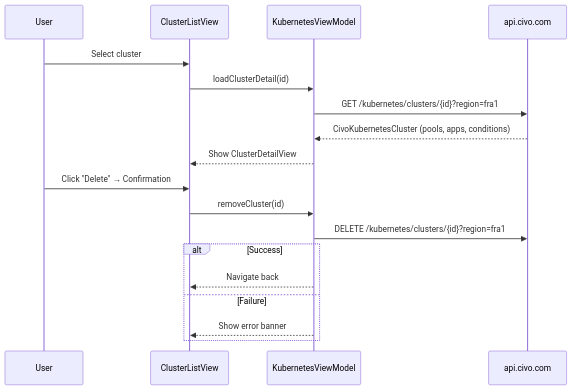
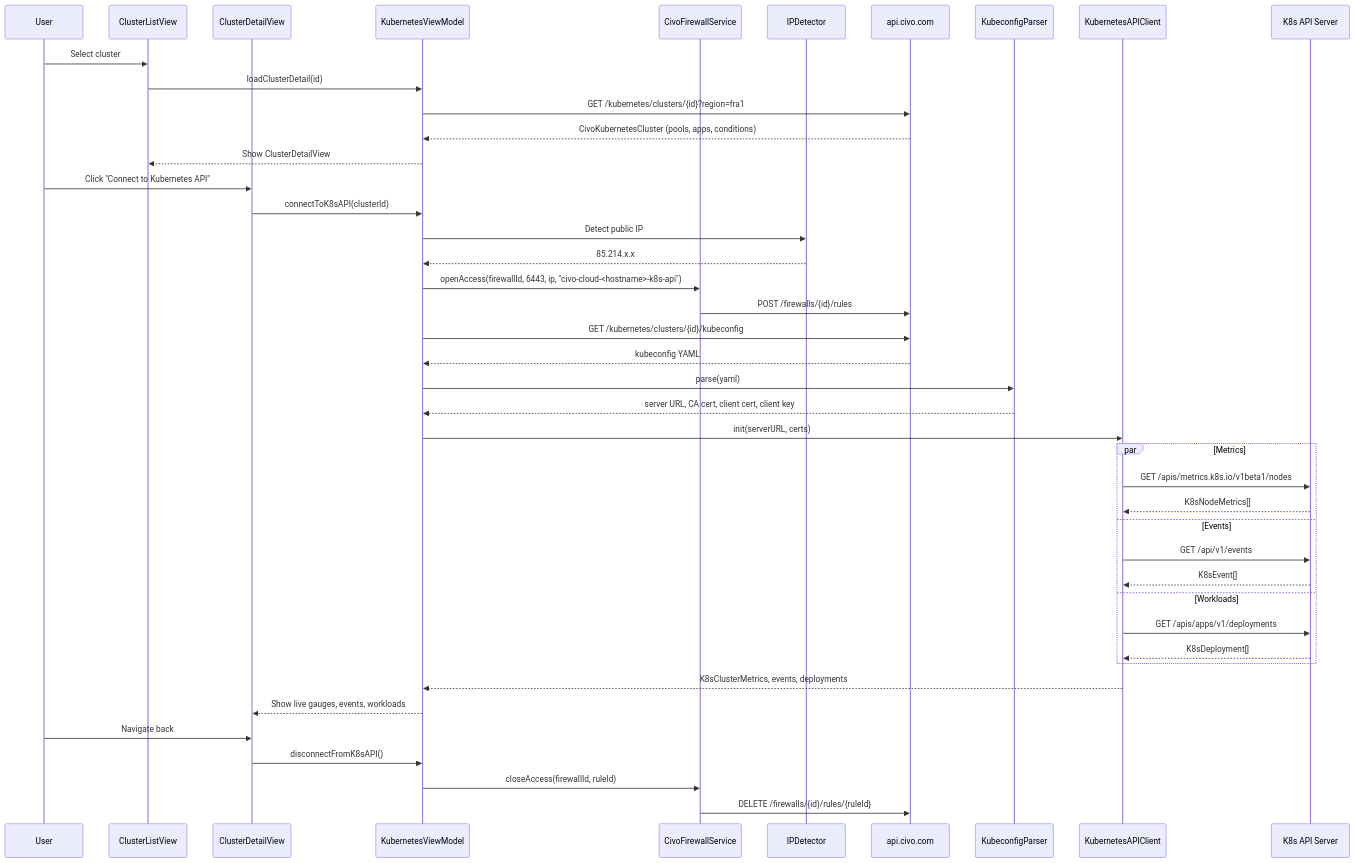
The seventh of 9 diagrams in README.md (marcelrgberger/civo-cloud-manager), drawn with Mermaid before and after one commit. The commit also changed other lines of this file and 31 other files, not shown here.

````diff
--- a/README.md
+++ b/README.md
@@ -678,22 +763,50 @@
 ```mermaid
 sequenceDiagram
     participant U as User
     participant CL as ClusterListView
+    participant CD as ClusterDetailView
     participant VM as KubernetesViewModel
+    participant F as CivoFirewallService
+    participant IP as IPDetector
     participant API as api.civo.com
+    participant KP as KubeconfigParser
+    participant KA as KubernetesAPIClient
+    participant K8S as K8s API Server
 
     U->>CL: Select cluster
     CL->>VM: loadClusterDetail(id)
     VM->>API: GET /kubernetes/clusters/{id}?region=fra1
     API-->>VM: CivoKubernetesCluster (pools, apps, conditions)
     VM-->>CL: Show ClusterDetailView
 
-    U->>CL: Click "Delete" → Confirmation
-    CL->>VM: removeCluster(id)
-    VM->>API: DELETE /kubernetes/clusters/{id}?region=fra1
-    alt Success
-        VM-->>CL: Navigate back
-    else Failure
-        VM-->>CL: Show error banner
+    U->>CD: Click "Connect to Kubernetes API"
+    CD->>VM: connectToK8sAPI(clusterId)
+    VM->>IP: Detect public IP
+    IP-->>VM: 85.214.x.x
+    VM->>F: openAccess(firewallId, 6443, ip, "civo-cloud-<hostname>-k8s-api")
+    F->>API: POST /firewalls/{id}/rules
+    VM->>API: GET /kubernetes/clusters/{id}/kubeconfig
+    API-->>VM: kubeconfig YAML
+    VM->>KP: parse(yaml)
+    KP-->>VM: server URL, CA cert, client cert, client key
+    VM->>KA: init(serverURL, certs)
+
+    par Metrics
+        KA->>K8S: GET /apis/metrics.k8s.io/v1beta1/nodes
+        K8S-->>KA: K8sNodeMetrics[]
+    and Events
+        KA->>K8S: GET /api/v1/events
+        K8S-->>KA: K8sEvent[]
+    and Workloads
+        KA->>K8S: GET /apis/apps/v1/deployments
+        K8S-->>KA: K8sDeployment[]
     end
+
+    KA-->>VM: K8sClusterMetrics, events, deployments
+    VM-->>CD: Show live gauges, events, workloads
+
+    U->>CD: Navigate back
+    CD->>VM: disconnectFromK8sAPI()
+    VM->>F: closeAccess(firewallId, ruleId)
+    F->>API: DELETE /firewalls/{id}/rules/{ruleId}
 ```
````
